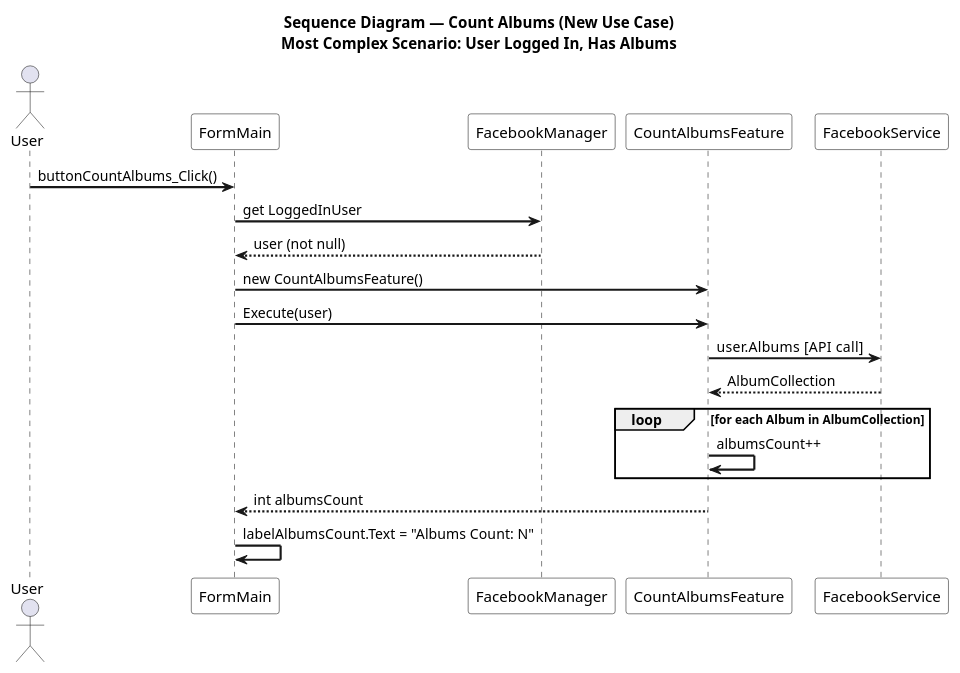
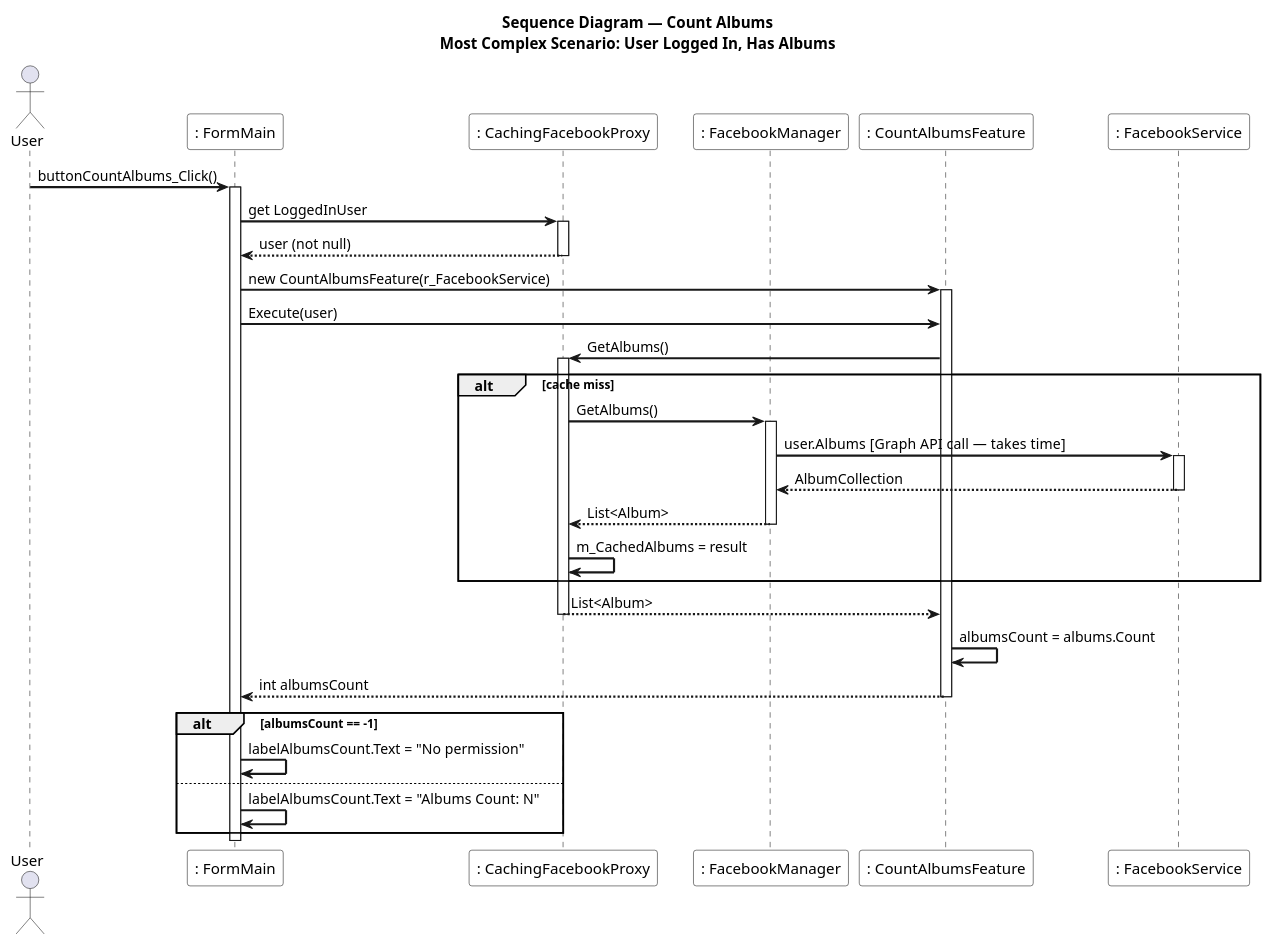
Before and after one commit to LotemKimchi/Application-Programming-Using-Design-Patterns: the diagram in Project2/B26 Ex02 LotemKimchi 318173481 ShaniSalomon 208573683/uml/seq_count_albums.puml, drawn with PlantUML. The commit also changed 24 other files, not shown here.

```diff
--- a/Project2/B26 Ex02 LotemKimchi 318173481 ShaniSalomon 208573683/uml/seq_count_albums.puml
+++ b/Project2/B26 Ex02 LotemKimchi 318173481 ShaniSalomon 208573683/uml/seq_count_albums.puml
@@ -1,31 +1,56 @@
 @startuml SequenceDiagram_CountAlbums
-title Sequence Diagram — Count Albums (New Use Case)\nMost Complex Scenario: User Logged In, Has Albums
+title Sequence Diagram — Count Albums\nMost Complex Scenario: User Logged In, Has Albums
 
 skinparam sequenceArrowThickness 2
 skinparam sequenceParticipantBackgroundColor White
 
-actor       "User"                  as User
-participant "FormMain"              as FM
-participant "FacebookManager"       as FBM
-participant "CountAlbumsFeature"    as CAF
-participant "FacebookService"       as FBS
+actor       "User"  as User
 
-User  ->  FM  : buttonCountAlbums_Click()
+participant ": FormMain"                as FM
+participant ": CachingFacebookProxy"    as Proxy
+participant ": FacebookManager"         as Facade
+participant ": CountAlbumsFeature"      as CAF
+participant ": FacebookService"         as SDK
 
-FM    ->  FBM : get LoggedInUser
-FBM  -->  FM  : user (not null)
+User  ->  FM    : buttonCountAlbums_Click()
+activate FM
 
-FM    ->  CAF : new CountAlbumsFeature()
-FM    ->  CAF : Execute(user)
+FM    ->  Proxy : get LoggedInUser
+activate Proxy
+Proxy --> FM    : user (not null)
+deactivate Proxy
 
-    CAF ->  FBS : user.Albums  [API call]
-    FBS --> CAF : AlbumCollection
+FM    ->  CAF   : new CountAlbumsFeature(r_FacebookService)
+activate CAF
+FM    ->  CAF   : Execute(user)
 
-    loop for each Album in AlbumCollection
-        CAF -> CAF : albumsCount++
-    end
+CAF   ->  Proxy : GetAlbums()
+activate Proxy
 
-CAF  --> FM  : int albumsCount
+alt cache miss
+    Proxy ->  Facade : GetAlbums()
+    activate Facade
+    Facade ->  SDK   : user.Albums  [Graph API call — takes time]
+    activate SDK
+    SDK  -->  Facade : AlbumCollection
+    deactivate SDK
+    Facade --> Proxy  : List<Album>
+    deactivate Facade
+    Proxy ->  Proxy  : m_CachedAlbums = result
+end
 
-FM    ->  FM  : labelAlbumsCount.Text = "Albums Count: N"
+Proxy --> CAF   : List<Album>
+deactivate Proxy
+
+CAF   ->  CAF   : albumsCount = albums.Count
+CAF  --> FM     : int albumsCount
+deactivate CAF
+
+alt albumsCount == -1
+    FM -> FM : labelAlbumsCount.Text = "No permission"
+else
+    FM -> FM : labelAlbumsCount.Text = "Albums Count: N"
+end
+
+deactivate FM
 @enduml
```
